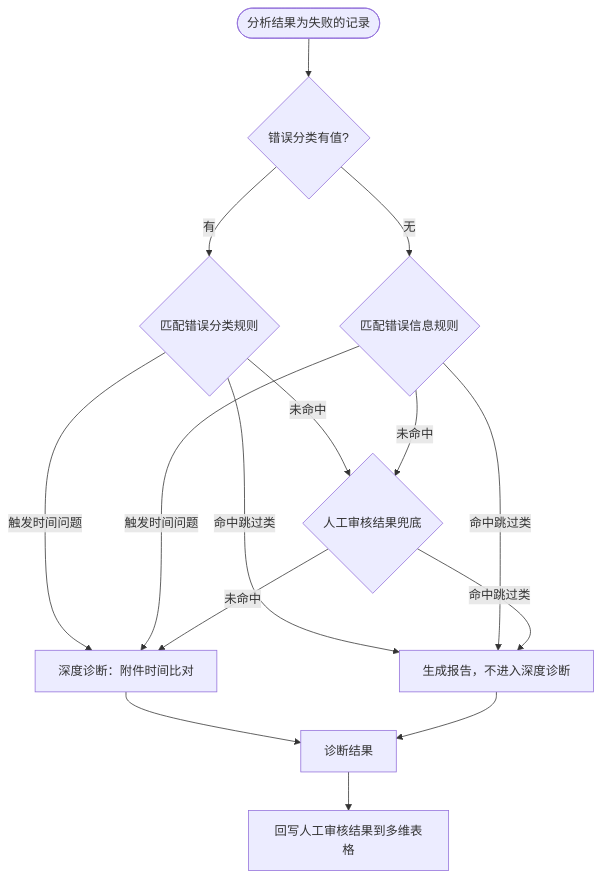
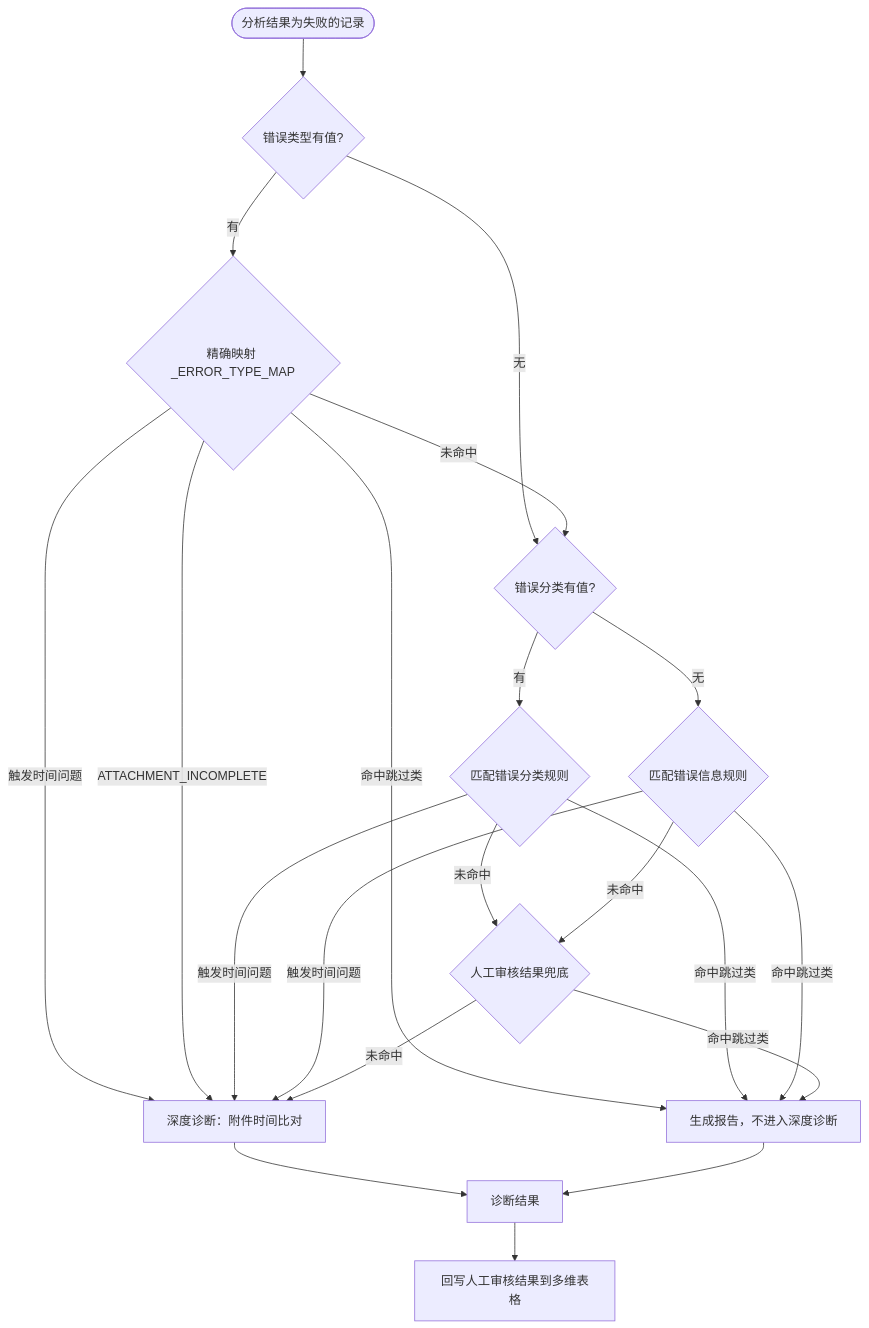
The diagram in wrongstudy/error_classification_logic.md (LuckyBuff2333/program16), drawn with Mermaid before and after one commit. The commit also changed other lines of this file, not shown here.

Commit message:
docs: 更新错误排查归类文档 - ErrorType最高优先级 + 待重试分类 + 每日播报待办增强

````diff
--- a/wrongstudy/error_classification_logic.md
+++ b/wrongstudy/error_classification_logic.md
@@ -13,19 +13,27 @@
 ```mermaid
 flowchart TD
-    Start([分析结果为失败的记录]) --> Field{错误分类有值?}
+    Start([分析结果为失败的记录]) --> ET{错误类型有值?}
+    ET -->|有| ETMatch{精确映射 _ERROR_TYPE_MAP}
+    ET -->|无| Field{错误分类有值?}
+
+    ETMatch -->|命中跳过类| Skip[生成报告，不进入深度诊断]
+    ETMatch -->|触发时间问题| Diag[深度诊断：附件时间比对]
+    ETMatch -->|ATTACHMENT_INCOMPLETE| Diag
+    ETMatch -->|未命中| Field
+
     Field -->|有| Match{匹配错误分类规则}
     Field -->|无| Msg{匹配错误信息规则}
 
-    Match -->|命中跳过类| Skip[生成报告，不进入深度诊断]
-    Match -->|触发时间问题| Diag[深度诊断：附件时间比对]
+    Match -->|命中跳过类| Skip
+    Match -->|触发时间问题| Diag
     Match -->|未命中| Review{人工审核结果兜底}
     Msg -->|命中跳过类| Skip
     Msg -->|触发时间问题| Diag
     Msg -->|未命中| Review
     Review -->|命中跳过类| Skip
     Review -->|未命中| Diag
 
     Diag --> Result[诊断结果]
     Skip --> Result
     Result --> WriteBack[回写人工审核结果到多维表格]
 ```
````
